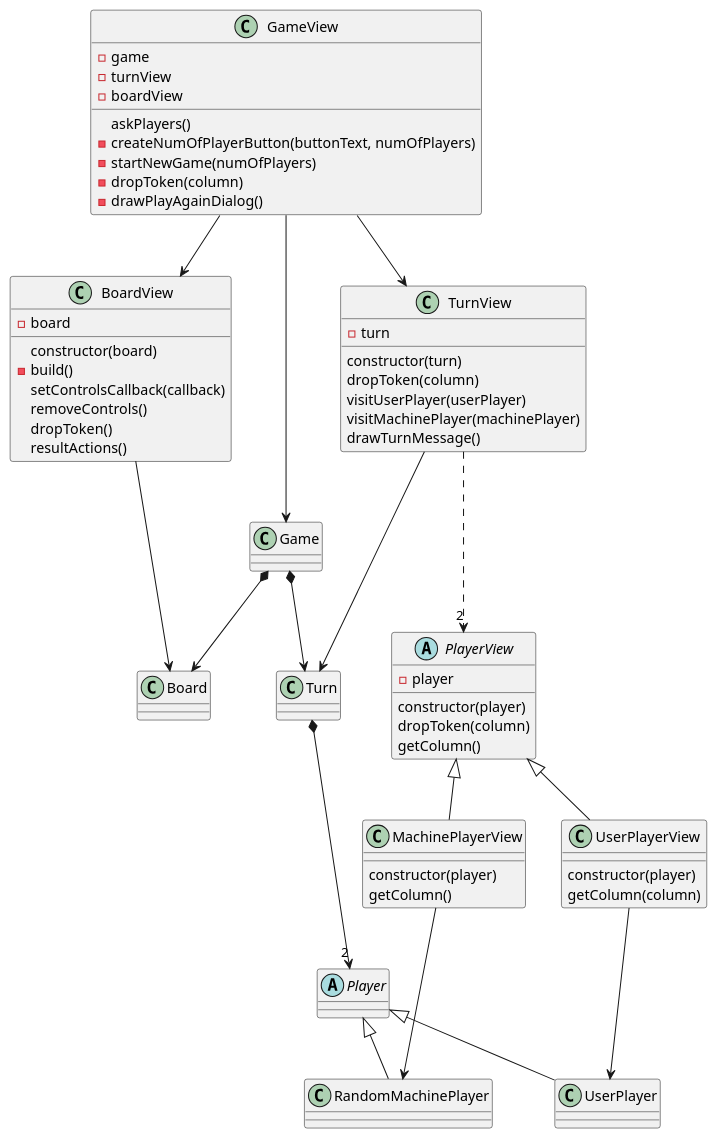
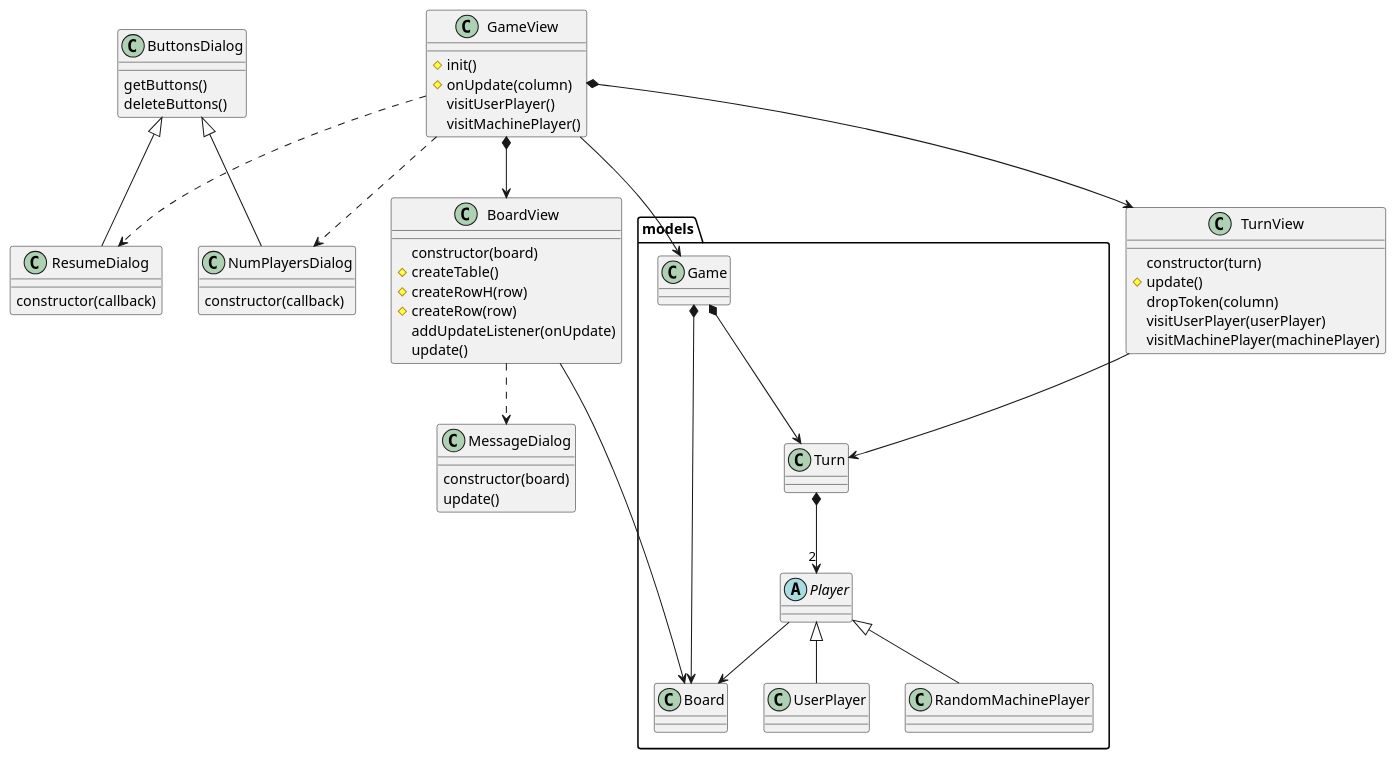
Before and after one commit to USantaTecla-tech-dhtml/game-connect4: the diagram in src/uml/Connect4.puml, drawn with PlantUML. The commit also changed 8 other files, not shown here.

```diff
--- a/src/uml/Connect4.puml
+++ b/src/uml/Connect4.puml
@@ -1,66 +1,74 @@
 @startuml
-class GameView{
--game
--turnView
--boardView
-askPlayers()
--createNumOfPlayerButton(buttonText, numOfPlayers)
--startNewGame(numOfPlayers)
--dropToken(column)
--drawPlayAgainDialog()
-}
-class TurnView{
--turn
-constructor(turn)
-dropToken(column)
-visitUserPlayer(userPlayer)
-visitMachinePlayer(machinePlayer)
-drawTurnMessage()
-}
-class BoardView{
--board
-constructor(board)
--build()
-setControlsCallback(callback)
-removeControls()
-dropToken()
-resultActions()
-}
-class MachinePlayerView{
-constructor(player)
-getColumn()
-}
-abstract class PlayerView{
--player
-constructor(player)
-dropToken(column)
-getColumn()
+
+class GameView {
+  #init()
+  #onUpdate(column)
+  visitUserPlayer() 
+  visitMachinePlayer()
 }
 
-class UserPlayerView{
-constructor(player)
-getColumn(column)
+GameView ..> NumPlayersDialog
+GameView ..> ResumeDialog
+
+class NumPlayersDialog extends ButtonsDialog {
+    constructor(callback) 
 }
-Abstract    class Player
+
+class ResumeDialog extends ButtonsDialog {
+    constructor(callback) 
+}
+
+class ResumeDialog
+
+class BoardView {
+  constructor(board)
+  #createTable() 
+  #createRowH(row) 
+  #createRow(row)
+  addUpdateListener(onUpdate)
+  update()
+}
+
+ class MessageDialog {
+    constructor(board) 
+    update() 
+}
+
+
+BoardView ..> MessageDialog
+
+class TurnView {
+  constructor(turn)
+  #update() 
+  dropToken(column) 
+  visitUserPlayer(userPlayer) 
+  visitMachinePlayer(machinePlayer)
+}
+
+class ButtonsDialog {
+    getButtons()
+    deleteButtons()
+}
+
+package models {
+class Game
+class Turn
+abstract class Player
 class RandomMachinePlayer
 class UserPlayer
+class Board
+}
 
-GameView ---> Game
-GameView --> TurnView
-GameView -> BoardView
-BoardView --> Board
-TurnView --> Turn
-Turn *---> "2" Player
-Game *--> Turn
-Game *--> Board
-TurnView -.-> "2" PlayerView
-PlayerView <|-- UserPlayerView
-PlayerView <|-- MachinePlayerView
+GameView -down-> Game
+GameView *-down-> TurnView
+GameView *-down-> BoardView
+BoardView -down-> Board
+TurnView -down-> Turn
+Game *-down-> Turn
+Turn *-down-> "2" Player
+Game *-down-> Board
+Player -down-> Board
 Player <|-- RandomMachinePlayer
 Player <|-- UserPlayer
-MachinePlayerView ---> RandomMachinePlayer
-UserPlayerView ---> UserPlayer
-
-
 
 @enduml
```
